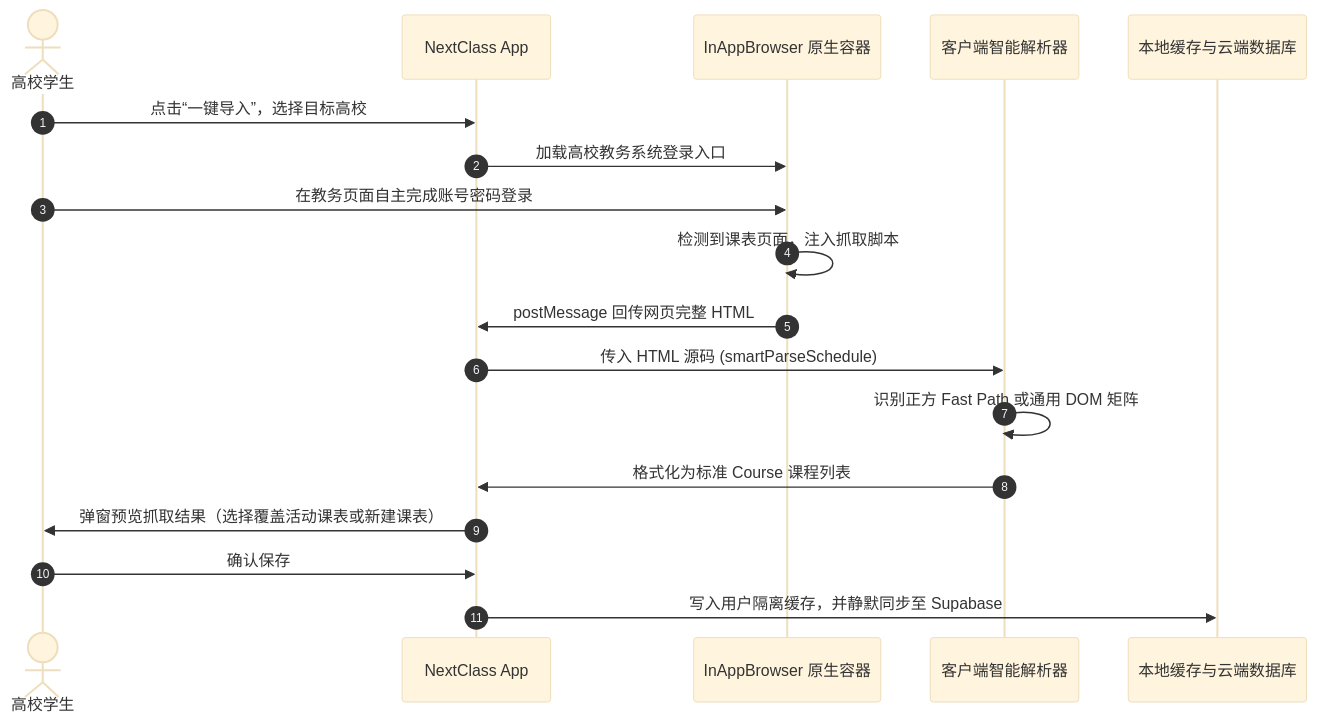
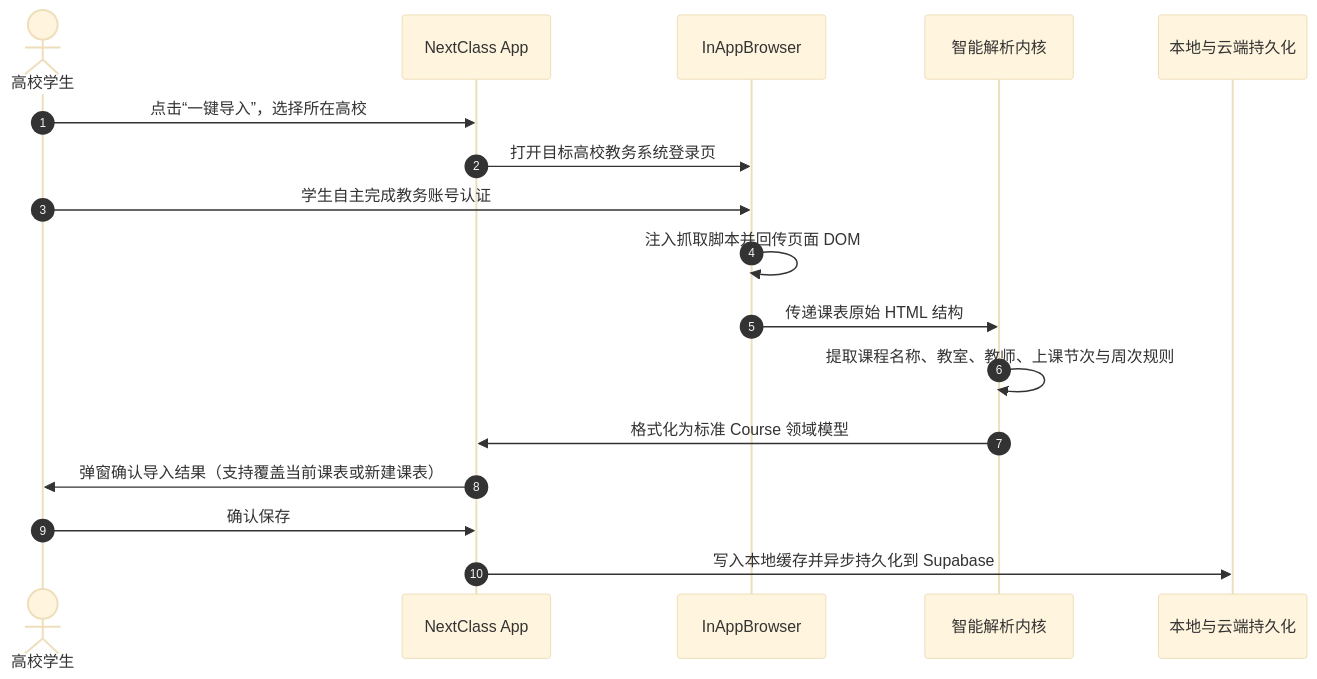
The second of 2 diagrams in README.md (yanyihang621-art/NextClass), drawn with Mermaid (base theme) before and after one commit. The commit also changed other lines of this file, not shown here.

````diff
--- a/README.md
+++ b/README.md
@@ -123,21 +119,20 @@
 ```mermaid
 sequenceDiagram
     autonumber
     actor Student as 高校学生
     participant App as NextClass App
-    participant WebView as InAppBrowser 原生容器
-    participant Parser as 客户端智能解析器
-    participant Store as 本地缓存与云端数据库
+    participant WebView as InAppBrowser
+    participant Parser as 智能解析内核
+    participant Store as 本地与云端持久化
 
-    Student->>App: 点击“一键导入”，选择目标高校
-    App->>WebView: 加载高校教务系统登录入口
-    Student->>WebView: 在教务页面自主完成账号密码登录
-    WebView->>WebView: 检测到课表页面，注入抓取脚本
-    WebView->>App: postMessage 回传网页完整 HTML
-    App->>Parser: 传入 HTML 源码 (smartParseSchedule)
-    Parser->>Parser: 识别正方 Fast Path 或通用 DOM 矩阵
-    Parser->>App: 格式化为标准 Course 课程列表
-    App->>Student: 弹窗预览抓取结果（选择覆盖活动课表或新建课表）
+    Student->>App: 点击“一键导入”，选择所在高校
+    App->>WebView: 打开目标高校教务系统登录页
+    Student->>WebView: 学生自主完成教务账号认证
+    WebView->>WebView: 注入抓取脚本并回传页面 DOM
+    WebView->>Parser: 传递课表原始 HTML 结构
+    Parser->>Parser: 提取课程名称、教室、教师、上课节次与周次规则
+    Parser->>App: 格式化为标准 Course 领域模型
+    App->>Student: 弹窗确认导入结果（支持覆盖当前课表或新建课表）
     Student->>App: 确认保存
-    App->>Store: 写入用户隔离缓存，并静默同步至 Supabase
+    App->>Store: 写入本地缓存并异步持久化到 Supabase
 ```
````
